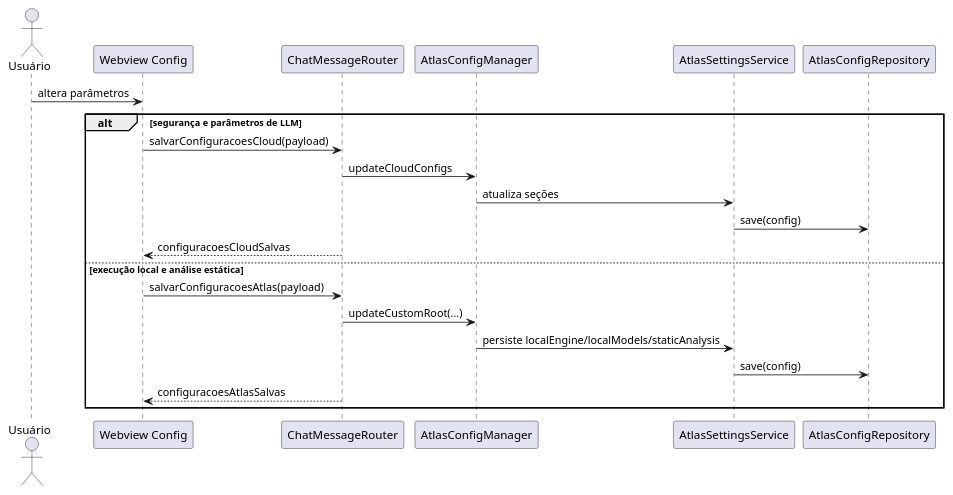
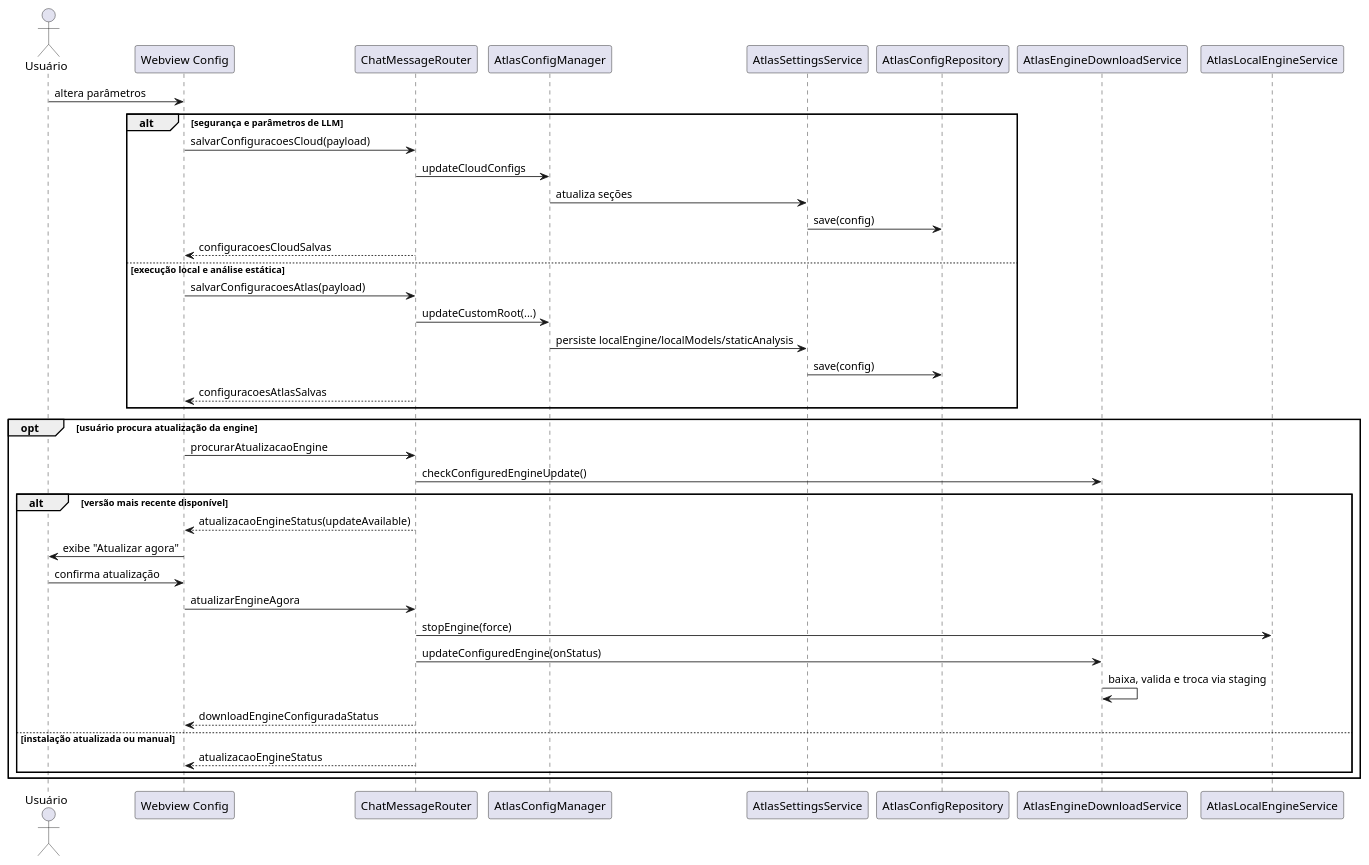
Before and after one commit to JVictorVI/ATLAS: diagram 14 of 41 in docs/plantuml-diagramas-por-caso-de-uso-atlas.md, drawn with PlantUML. The commit also changed other lines of this file and 38 other files, not shown here.

Commit message:
Adiciona atualização automática de engine, ajusta comportamento do assistente e notificação de edição

````diff
--- a/docs/plantuml-diagramas-por-caso-de-uso-atlas.md
+++ b/docs/plantuml-diagramas-por-caso-de-uso-atlas.md
@@ -581,26 +588,44 @@
 ```plantuml
 @startuml
 skinparam shadowing false
 actor Usuário
 participant "Webview Config" as Webview
 participant ChatMessageRouter as Router
 participant AtlasConfigManager as Config
 participant AtlasSettingsService as Settings
 participant AtlasConfigRepository as Repository
+participant AtlasEngineDownloadService as EngineDownload
+participant AtlasLocalEngineService as Engine
 
 Usuário -> Webview : altera parâmetros
 alt segurança e parâmetros de LLM
   Webview -> Router : salvarConfiguracoesCloud(payload)
   Router -> Config : updateCloudConfigs
   Config -> Settings : atualiza seções
   Settings -> Repository : save(config)
   Router --> Webview : configuracoesCloudSalvas
 else execução local e análise estática
   Webview -> Router : salvarConfiguracoesAtlas(payload)
   Router -> Config : updateCustomRoot(...)
   Config -> Settings : persiste localEngine/localModels/staticAnalysis
   Settings -> Repository : save(config)
   Router --> Webview : configuracoesAtlasSalvas
 end
+opt usuário procura atualização da engine
+  Webview -> Router : procurarAtualizacaoEngine
+  Router -> EngineDownload : checkConfiguredEngineUpdate()
+  alt versão mais recente disponível
+    Router --> Webview : atualizacaoEngineStatus(updateAvailable)
+    Webview -> Usuário : exibe "Atualizar agora"
+    Usuário -> Webview : confirma atualização
+    Webview -> Router : atualizarEngineAgora
+    Router -> Engine : stopEngine(force)
+    Router -> EngineDownload : updateConfiguredEngine(onStatus)
+    EngineDownload -> EngineDownload : baixa, valida e troca via staging
+    Router --> Webview : downloadEngineConfiguradaStatus
+  else instalação atualizada ou manual
+    Router --> Webview : atualizacaoEngineStatus
+  end
+end
 @enduml
 ```
````
